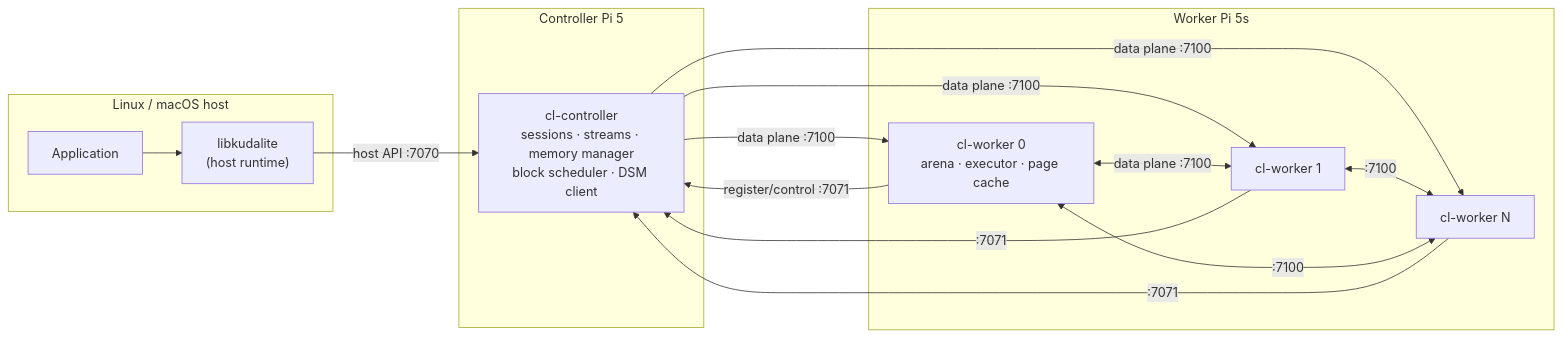
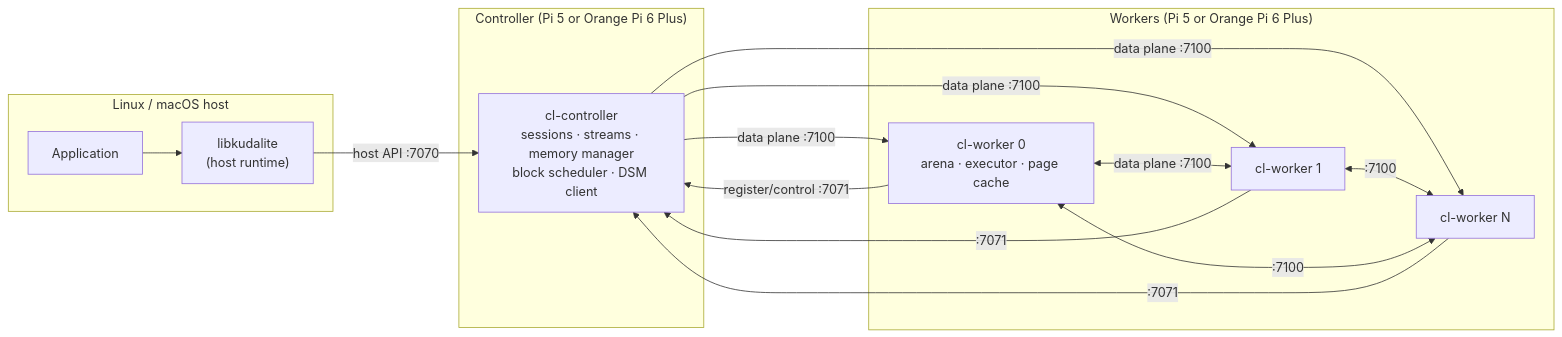
One commit to chriswhinds/KUDA-Lite changed the first of 4 diagrams in docs/ARCHITECTURE.md. Above: the diagram before and after it, drawn with Mermaid. The commit also changed other lines of this file and 12 other files, not shown here.

First line of the commit message:
Docs: Orange Pi 6 Plus alongside Raspberry Pi 5

````diff
--- a/docs/ARCHITECTURE.md
+++ b/docs/ARCHITECTURE.md
@@ -40,22 +40,22 @@
 ```mermaid
 flowchart LR
   subgraph Host["Linux / macOS host"]
     App["Application"] --> RT["libkudalite<br/>(host runtime)"]
   end
-  subgraph Ctl["Controller Pi 5"]
+  subgraph Ctl["Controller (Pi 5 or Orange Pi 6 Plus)"]
     C["cl-controller<br/>sessions · streams · memory manager<br/>block scheduler · DSM client"]
   end
-  subgraph Workers["Worker Pi 5s"]
+  subgraph Workers["Workers (Pi 5 or Orange Pi 6 Plus)"]
     W0["cl-worker 0<br/>arena · executor · page cache"]
     W1["cl-worker 1"]
     Wn["cl-worker N"]
   end
   RT -- "host API :7070" --> C
   W0 -- "register/control :7071" --> C
   W1 -- ":7071" --> C
   Wn -- ":7071" --> C
   C -- "data plane :7100" --> W0 & W1 & Wn
   W0 <-- "data plane :7100" --> W1
   W1 <-- ":7100" --> Wn
   W0 <-- ":7100" --> Wn
 ```
````
